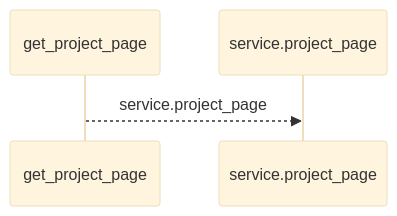
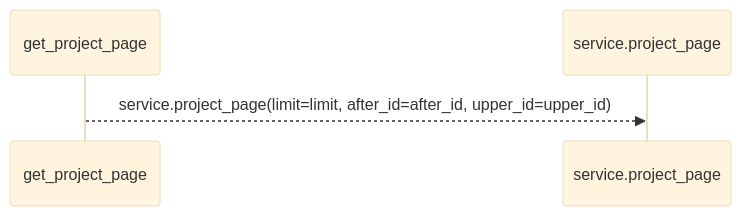
The first of 2 diagrams in docs/llm_wiki/flows/http-get_project_page.md (Denissvgn/WorkChord), drawn with Mermaid (base theme) before and after one commit. The commit also changed other lines of this file and 25171 other files, not shown here.

````diff
--- a/docs/llm_wiki/flows/http-get_project_page.md
+++ b/docs/llm_wiki/flows/http-get_project_page.md
@@ -10,6 +12,6 @@
 ```mermaid
 sequenceDiagram
     participant p0 as get_project_page
     participant p1 as service.project_page
-    p0-->>p1: service.project_page
+    p0-->>p1: service.project_page(limit=limit, after_id=after_id, upper_id=upper_id)
 ```
````
